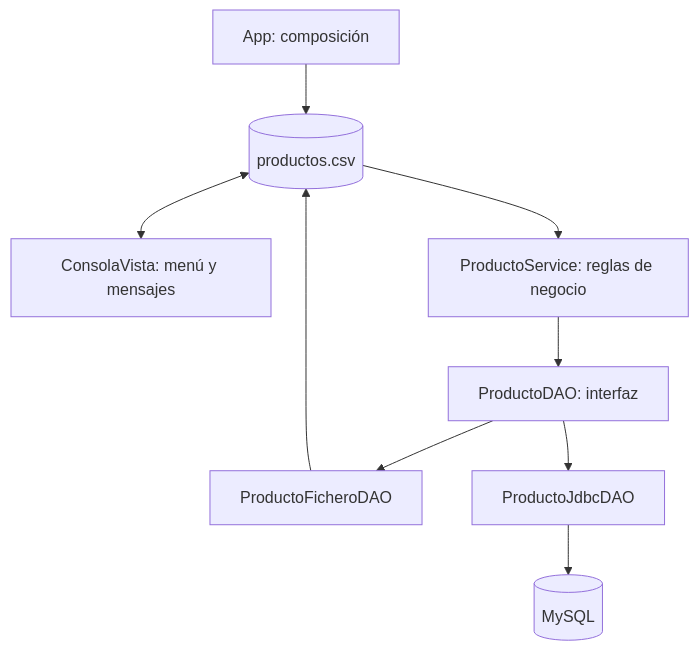
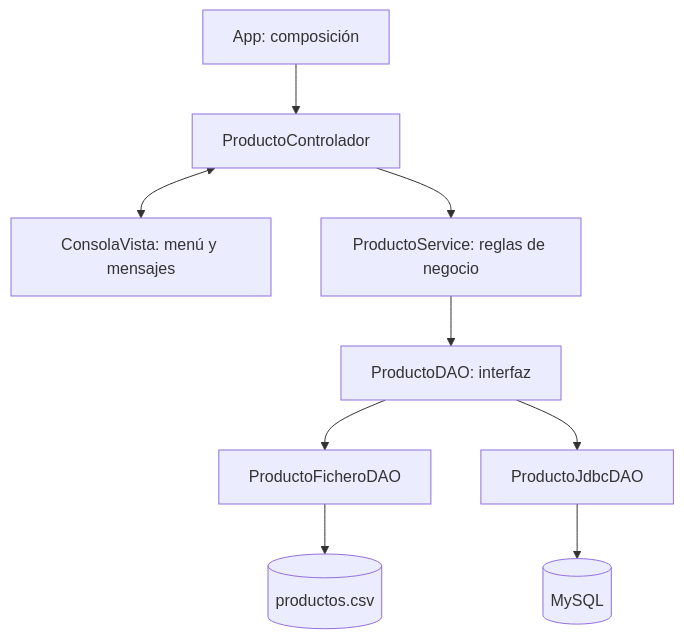
Before and after one commit to rlrprofe/AD-2627: the diagram in docs/ut3/01-componentes.md, drawn with Mermaid. The commit also changed other lines of this file, not shown here.

Commit message:
Corregir diagrama de arquitectura MVC en UT3

````diff
--- a/docs/ut3/01-componentes.md
+++ b/docs/ut3/01-componentes.md
@@ -47,11 +48,21 @@
 ```mermaid
 flowchart TD
-    A[App: composición] --> C[ProductoControlador]
-    C <--> V[ConsolaVista: menú y mensajes]
-    C --> S[ProductoService: reglas de negocio]
-    S --> I[ProductoDAO: interfaz]
-    I --> F[ProductoFicheroDAO]
-    I --> J[ProductoJdbcDAO]
-    F --> C[(productos.csv)]
-    J --> M[(MySQL)]
+    app["App: composición"]
+    controlador["ProductoControlador"]
+    vista["ConsolaVista: menú y mensajes"]
+    servicio["ProductoService: reglas de negocio"]
+    dao["ProductoDAO: interfaz"]
+    fichero["ProductoFicheroDAO"]
+    jdbc["ProductoJdbcDAO"]
+    csv[("productos.csv")]
+    mysql[("MySQL")]
+
+    app --> controlador
+    controlador <--> vista
+    controlador --> servicio
+    servicio --> dao
+    dao --> fichero
+    dao --> jdbc
+    fichero --> csv
+    jdbc --> mysql
 ```
````
